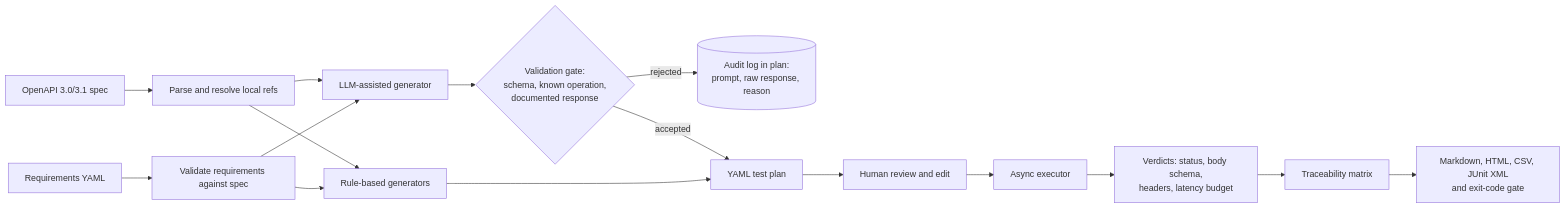
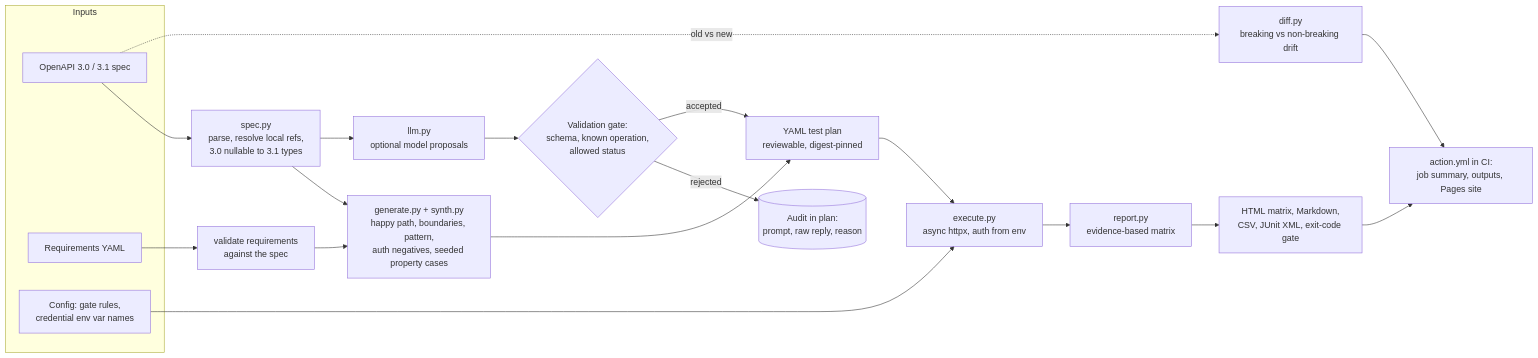
Before and after one commit to muhib-karim/api-vv-toolkit: the diagram in README.md, drawn with Mermaid. The commit also changed other lines of this file and 4 other files, not shown here.

````diff
--- a/README.md
+++ b/README.md
@@ -83,18 +114,24 @@
 ```mermaid
 flowchart LR
-    S[OpenAPI 3.0/3.1 spec] --> P[Parse and resolve local refs]
-    R[Requirements YAML] --> V[Validate requirements against spec]
-    P --> G1[Rule-based generators]
+    subgraph inputs[Inputs]
+        S[OpenAPI 3.0 / 3.1 spec]
+        R[Requirements YAML]
+        C[Config: gate rules,<br/>credential env var names]
+    end
+    S --> P[spec.py<br/>parse, resolve local refs,<br/>3.0 nullable to 3.1 types]
+    R --> V[validate requirements<br/>against the spec]
+    P --> G1[generate.py + synth.py<br/>happy path, boundaries, pattern,<br/>auth negatives, seeded property cases]
     V --> G1
-    P --> G2[LLM-assisted generator]
-    V --> G2
-    G2 --> GATE{Validation gate:<br/>schema, known operation,<br/>documented response}
-    GATE -- rejected --> AUDIT[(Audit log in plan:<br/>prompt, raw response, reason)]
+    P --> G2[llm.py<br/>optional model proposals]
+    G2 --> GATE{Validation gate:<br/>schema, known operation,<br/>allowed status}
+    GATE -- rejected --> AUDIT[(Audit in plan:<br/>prompt, raw reply, reason)]
     GATE -- accepted --> PLAN
-    G1 --> PLAN[YAML test plan]
-    PLAN --> HR[Human review and edit]
-    HR --> X[Async executor]
-    X --> VER[Verdicts: status, body schema,<br/>headers, latency budget]
-    VER --> M[Traceability matrix]
-    M --> OUT[Markdown, HTML, CSV, JUnit XML<br/>and exit-code gate]
+    G1 --> PLAN[YAML test plan<br/>reviewable, digest-pinned]
+    PLAN --> X[execute.py<br/>async httpx, auth from env]
+    C --> X
+    X --> M[report.py<br/>evidence-based matrix]
+    M --> OUT[HTML matrix, Markdown,<br/>CSV, JUnit XML, exit-code gate]
+    S -. old vs new .-> D[diff.py<br/>breaking vs non-breaking drift]
+    OUT --> CI[action.yml in CI:<br/>job summary, outputs, Pages site]
+    D --> CI
 ```
````
